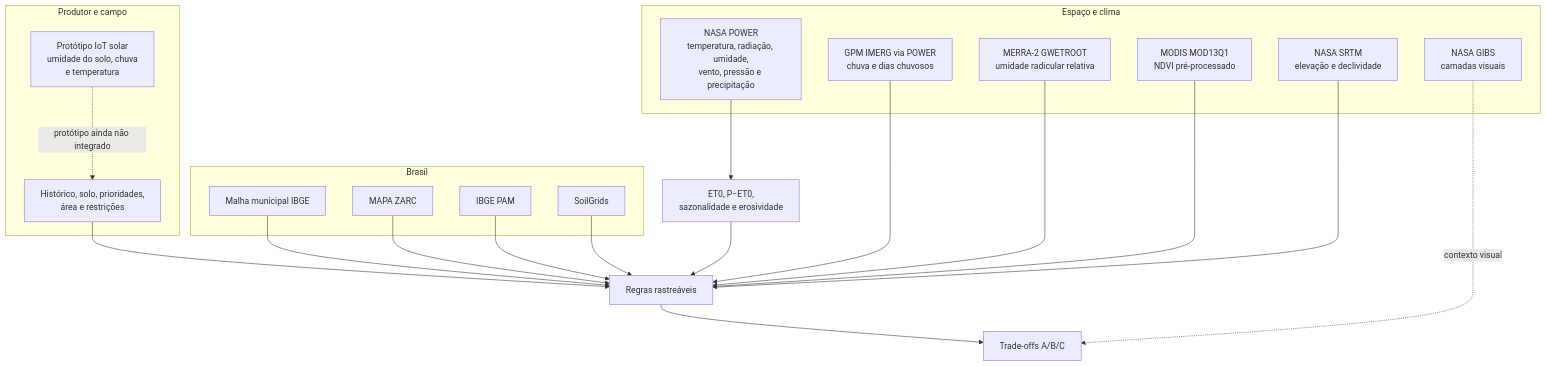
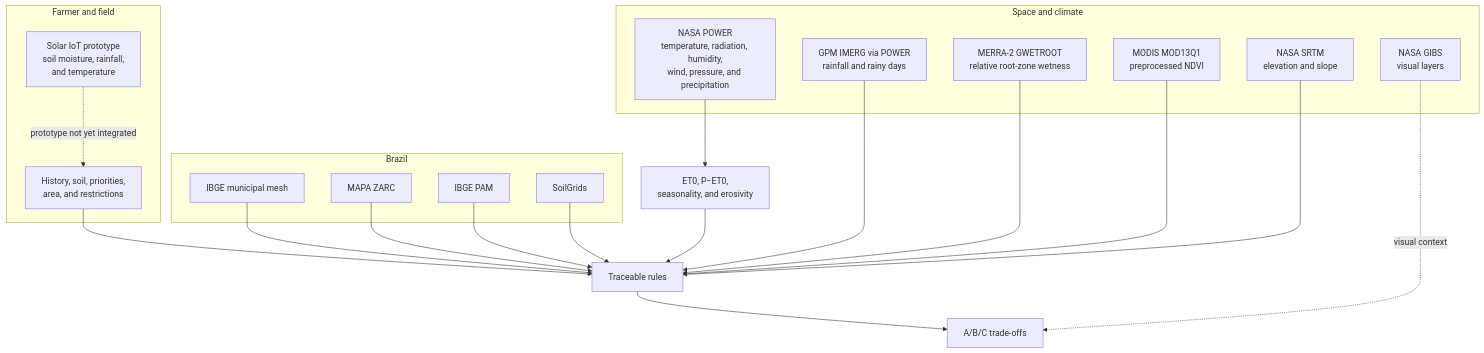
One commit to Gustavo-Cruzz/Nasa2026-Pos-Resenha changed the third of 5 diagrams in README.md. Above: the diagram before and after it, drawn with Mermaid. The commit also changed other lines of this file and 1 other file, not shown here.

````diff
--- a/README.md
+++ b/README.md
@@ -124,38 +124,38 @@
 ```mermaid
 flowchart TB
-    subgraph SPACE[Espaço e clima]
-      POWER[NASA POWER<br/>temperatura, radiação, umidade,<br/>vento, pressão e precipitação]
-      IMERG[GPM IMERG via POWER<br/>chuva e dias chuvosos]
-      MERRA[MERRA-2 GWETROOT<br/>umidade radicular relativa]
-      MODIS[MODIS MOD13Q1<br/>NDVI pré-processado]
-      SRTM[NASA SRTM<br/>elevação e declividade]
-      GIBS[NASA GIBS<br/>camadas visuais]
+    subgraph SPACE[Space and climate]
+      POWER[NASA POWER<br/>temperature, radiation, humidity,<br/>wind, pressure, and precipitation]
+      IMERG[GPM IMERG via POWER<br/>rainfall and rainy days]
+      MERRA[MERRA-2 GWETROOT<br/>relative root-zone wetness]
+      MODIS[MODIS MOD13Q1<br/>preprocessed NDVI]
+      SRTM[NASA SRTM<br/>elevation and slope]
+      GIBS[NASA GIBS<br/>visual layers]
     end
 
-    subgraph BR[Brasil]
-      IBGE[Malha municipal IBGE]
+    subgraph BR[Brazil]
+      IBGE[IBGE municipal mesh]
       ZARC[MAPA ZARC]
       PAM[IBGE PAM]
       SOIL[SoilGrids]
     end
 
-    subgraph FIELD[Produtor e campo]
-      FARMER[Histórico, solo, prioridades,<br/>área e restrições]
-      IOT[Protótipo IoT solar<br/>umidade do solo, chuva<br/>e temperatura]
+    subgraph FIELD[Farmer and field]
+      FARMER[History, soil, priorities,<br/>area, and restrictions]
+      IOT[Solar IoT prototype<br/>soil moisture, rainfall,<br/>and temperature]
     end
 
-    POWER --> DERIVED[ET0, P−ET0,<br/>sazonalidade e erosividade]
-    IMERG --> RULES[Regras rastreáveis]
+    POWER --> DERIVED[ET0, P−ET0,<br/>seasonality, and erosivity]
+    IMERG --> RULES[Traceable rules]
     MERRA --> RULES
     MODIS --> RULES
     SRTM --> RULES
-    GIBS -. contexto visual .-> RESULT[Trade-offs A/B/C]
+    GIBS -. visual context .-> RESULT[A/B/C trade-offs]
     IBGE --> RULES
     ZARC --> RULES
     PAM --> RULES
     SOIL --> RULES
     FARMER --> RULES
-    IOT -. protótipo ainda não integrado .-> FARMER
+    IOT -. prototype not yet integrated .-> FARMER
     DERIVED --> RULES
     RULES --> RESULT
 ```
````
